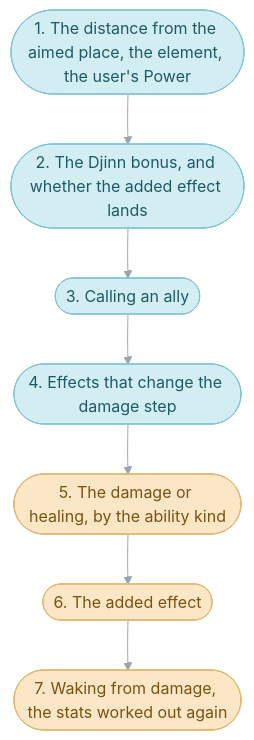
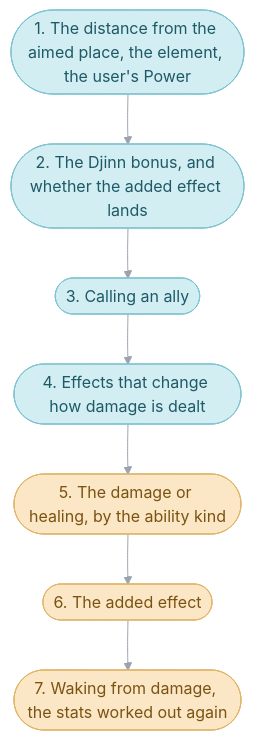
The sixth of 7 diagrams in games/tbs/src/battle/README.md (PascalPixel/alchemy), drawn with Mermaid before and after one commit. The commit also changed other lines of this file, not shown here.

````diff
--- a/games/tbs/src/battle/README.md
+++ b/games/tbs/src/battle/README.md
@@ -714,14 +711,14 @@
 ```mermaid
 %%{init: {"theme": "base", "themeVariables": {"lineColor": "#9AA3AE", "edgeLabelBackground": "#FFFFFF"}, "flowchart": {"curve": "basis", "padding": 12}}}%%
 flowchart TD
   setup(["1. The distance from the aimed place, the element, the user's Power"]) --> hit(["2. The Djinn bonus, and whether the added effect lands"])
   hit --> ally(["3. Calling an ally"])
-  ally --> change(["4. Effects that change the damage step"])
+  ally --> change(["4. Effects that change how damage is dealt"])
   change --> damage(["5. The damage or healing, by the ability kind"])
   damage --> added(["6. The added effect"])
   added --> wake(["7. Waking from damage, the stats worked out again"])
   classDef turn fill:#D2EEF3,stroke:#7FC3D0,color:#1E5966
   classDef frame fill:#FBE7C6,stroke:#E0B46A,color:#7A5212
   class setup,hit,ally,change turn
   class damage,added,wake frame
 ```
````
